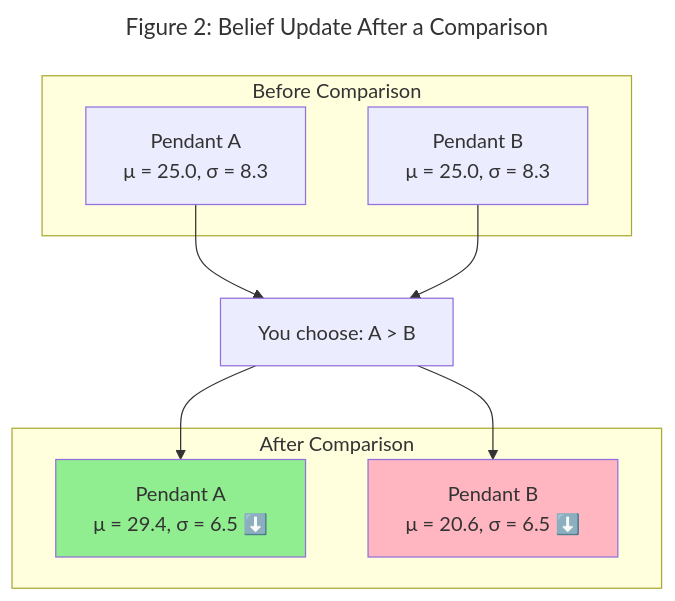
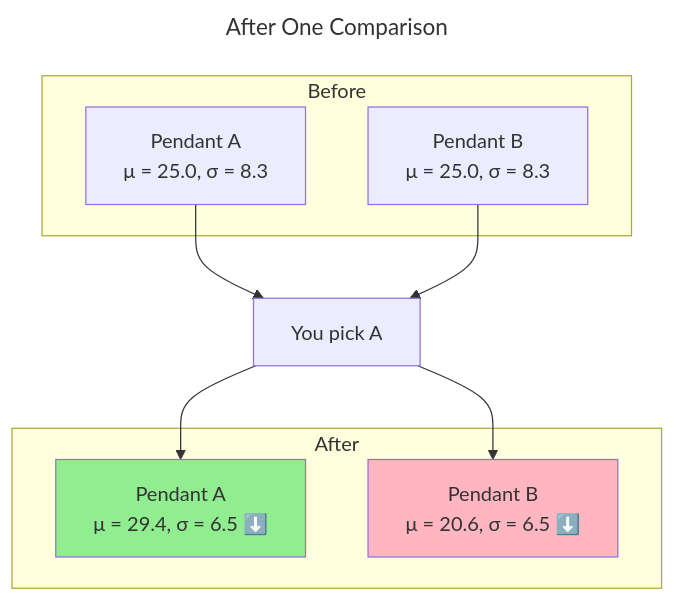
The second of 4 diagrams in blog/part2-trueskill-demystified.md (5mehulhelp5/product_picker), drawn with Mermaid before and after one commit. The commit also changed other lines of this file and 2 other files, not shown here.

````diff
--- a/blog/part2-trueskill-demystified.md
+++ b/blog/part2-trueskill-demystified.md
@@ -83,25 +71,25 @@
 ```mermaid
 ---
-title: "Figure 2: Belief Update After a Comparison"
+title: "After One Comparison"
 ---
 flowchart TD
-    subgraph Before["Before Comparison"]
+    subgraph Before["Before"]
         A1["Pendant A<br/>μ = 25.0, σ = 8.3"]
         B1["Pendant B<br/>μ = 25.0, σ = 8.3"]
     end
     
-    Compare["You choose: A > B"]
+    Compare["You pick A"]
     
-    subgraph After["After Comparison"]
+    subgraph After["After"]
         A2["Pendant A<br/>μ = 29.4, σ = 6.5 ⬇️"]
         B2["Pendant B<br/>μ = 20.6, σ = 6.5 ⬇️"]
     end
     
     A1 --> Compare
     B1 --> Compare
     Compare --> A2
     Compare --> B2
     
     style A2 fill:#90EE90
     style B2 fill:#FFB6C1
 ```
````
